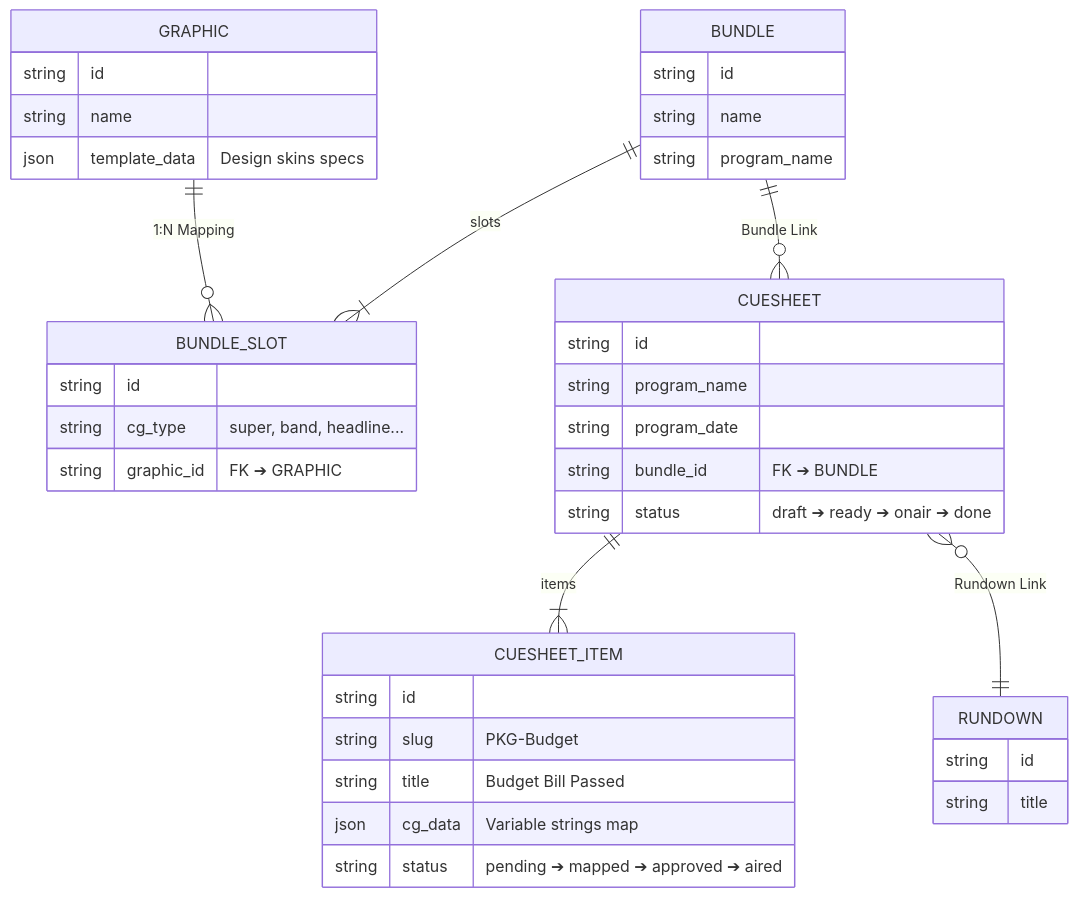
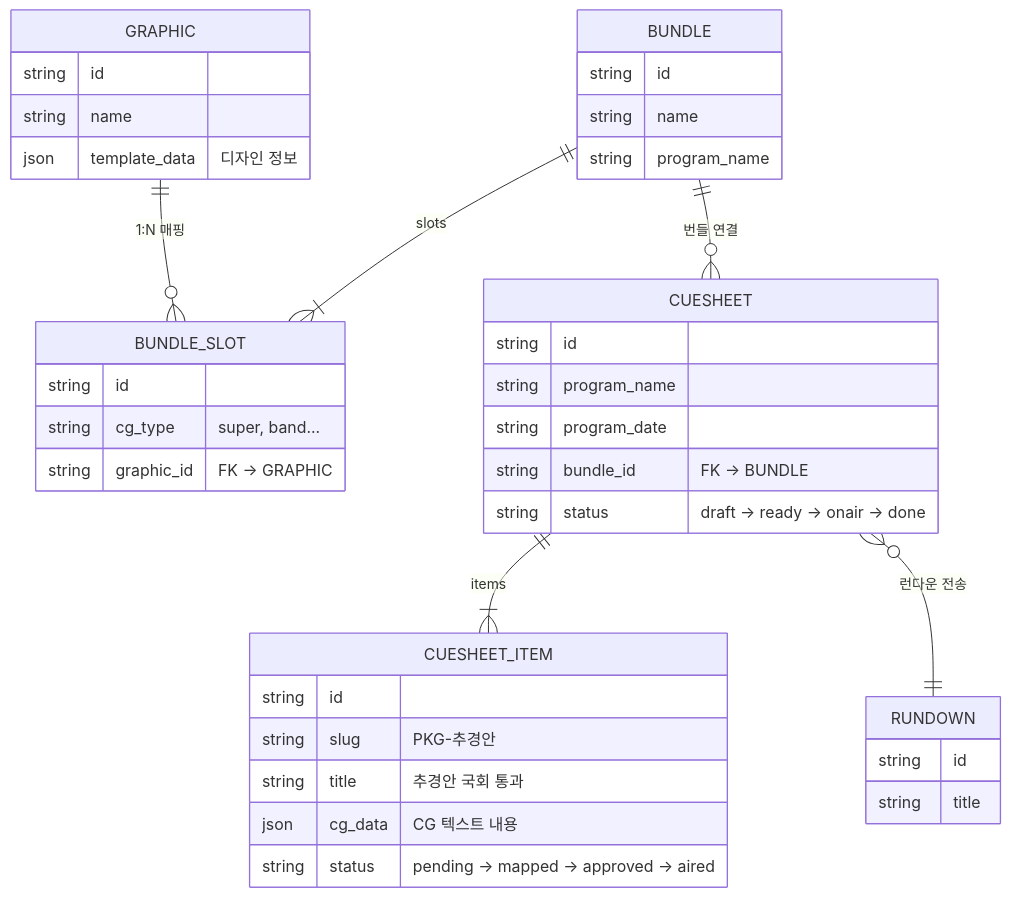
One commit to gkisanet/webcg-k changed the second of 6 diagrams in webcg-k/docs/guide/NRCS_CUESHEET_WORKFLOW.md. Above: the diagram before and after it, drawn with Mermaid. The commit also changed other lines of this file and 155 other files, not shown here.

````diff
--- a/webcg-k/docs/guide/NRCS_CUESHEET_WORKFLOW.md
+++ b/webcg-k/docs/guide/NRCS_CUESHEET_WORKFLOW.md
@@ -234,42 +235,42 @@
 ```mermaid
 erDiagram
-    GRAPHIC ||--o{ BUNDLE_SLOT : "1:N Mapping"
+    GRAPHIC ||--o{ BUNDLE_SLOT : "1:N 매핑"
     BUNDLE ||--|{ BUNDLE_SLOT : "slots"
-    BUNDLE ||--o{ CUESHEET : "Bundle Link"
+    BUNDLE ||--o{ CUESHEET : "번들 연결"
     CUESHEET ||--|{ CUESHEET_ITEM : "items"
-    CUESHEET }o--|| RUNDOWN : "Rundown Link"
+    CUESHEET }o--|| RUNDOWN : "런다운 전송"
 
     GRAPHIC {
         string id
         string name
-        json template_data "Design skins specs"
+        json template_data "디자인 정보"
     }
     BUNDLE {
         string id
         string name
         string program_name
     }
     BUNDLE_SLOT {
         string id
-        string cg_type "super, band, headline..."
-        string graphic_id "FK ➔ GRAPHIC"
+        string cg_type "super, band..."
+        string graphic_id "FK → GRAPHIC"
     }
     CUESHEET {
         string id
         string program_name
         string program_date
-        string bundle_id "FK ➔ BUNDLE"
-        string status "draft ➔ ready ➔ onair ➔ done"
+        string bundle_id "FK → BUNDLE"
+        string status "draft → ready → onair → done"
     }
     CUESHEET_ITEM {
         string id
-        string slug "PKG-Budget"
-        string title "Budget Bill Passed"
-        json cg_data "Variable strings map"
-        string status "pending ➔ mapped ➔ approved ➔ aired"
+        string slug "PKG-추경안"
+        string title "추경안 국회 통과"
+        json cg_data "CG 텍스트 내용"
+        string status "pending → mapped → approved → aired"
     }
     RUNDOWN {
         string id
         string title
     }
 ```
````
